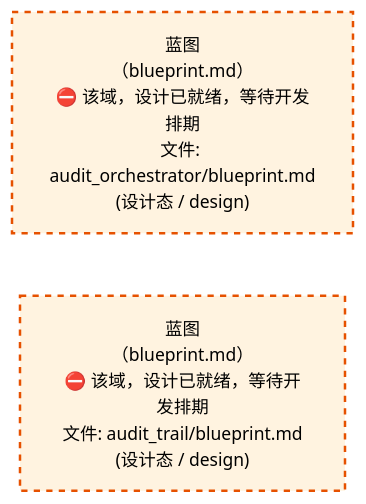
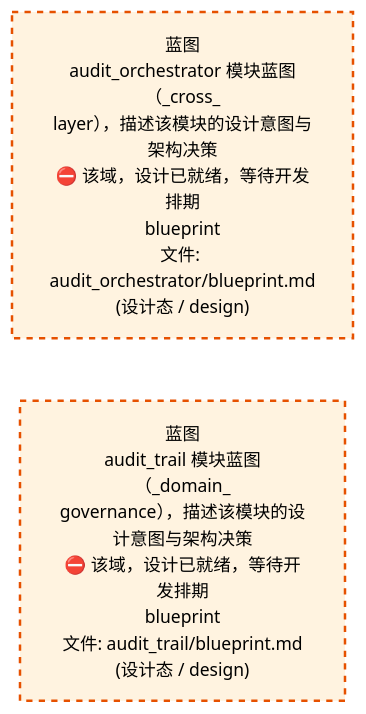
One commit to xuanFelixVan/ZephyrAlpha changed the third of 4 diagrams in docs/02_enterprise_architecture/02_domain_architecture_docs/50_d_gov_audit.md. Above: the diagram before and after it, drawn with Mermaid. The commit also changed other lines of this file and 63 other files, not shown here.

````diff
--- a/docs/02_enterprise_architecture/02_domain_architecture_docs/50_d_gov_audit.md
+++ b/docs/02_enterprise_architecture/02_domain_architecture_docs/50_d_gov_audit.md
@@ -807,12 +807,12 @@
 ```mermaid
 %%{init: {'theme': 'base', 'themeVariables': {'primaryColor': '#eaeaea', 'primaryTextColor': '#333333', 'primaryBorderColor': '#666666', 'lineColor': '#666666', 'secondaryColor': '#eaeaea', 'tertiaryColor': '#eaeaea', 'fontSize': '14px'}}}%%
 flowchart TD
-    docs_03_modules_cross_layer_audit_orchestrator_blueprint_md["蓝图<br/>（blueprint.md）<br/>⛔ 该域，设计已就绪，等待开发排期<br/>文件: audit_orchestrator/blueprint.md<br/>(设计态 / design)"]
-    docs_03_modules_domain_governance_audit_trail_blueprint_md["蓝图<br/>（blueprint.md）<br/>⛔ 该域，设计已就绪，等待开发排期<br/>文件: audit_trail/blueprint.md<br/>(设计态 / design)"]
+    docs_03_modules_cross_layer_audit_orchestrator_blueprint_md["蓝图<br/>audit_orchestrator 模块蓝图（_cross_<br/>layer），描述该模块的设计意图与架构决策<br/>⛔ 该域，设计已就绪，等待开发排期<br/>blueprint<br/>文件: audit_orchestrator/blueprint.md<br/>(设计态 / design)"]
+    docs_03_modules_domain_governance_audit_trail_blueprint_md["蓝图<br/>audit_trail 模块蓝图（_domain_<br/>governance），描述该模块的设计意图与架构决策<br/>⛔ 该域，设计已就绪，等待开发排期<br/>blueprint<br/>文件: audit_trail/blueprint.md<br/>(设计态 / design)"]
     docs_03_modules_cross_layer_audit_orchestrator_blueprint_md ~~~ docs_03_modules_domain_governance_audit_trail_blueprint_md
     classDef production fill:#e1f5fe,stroke:#01579b,stroke-width:2px,color:#000
     classDef design fill:#fff3e0,stroke:#e65100,stroke-width:2px,color:#000,stroke-dasharray: 5 5
     classDef external_prod fill:#e8f4fd,stroke:#0277bd,stroke-width:1px,color:#000
     classDef external_design fill:#fff8e7,stroke:#ef6c00,stroke-width:1px,color:#000,stroke-dasharray: 5 5
     class docs_03_modules_cross_layer_audit_orchestrator_blueprint_md,docs_03_modules_domain_governance_audit_trail_blueprint_md design
 ```
````
